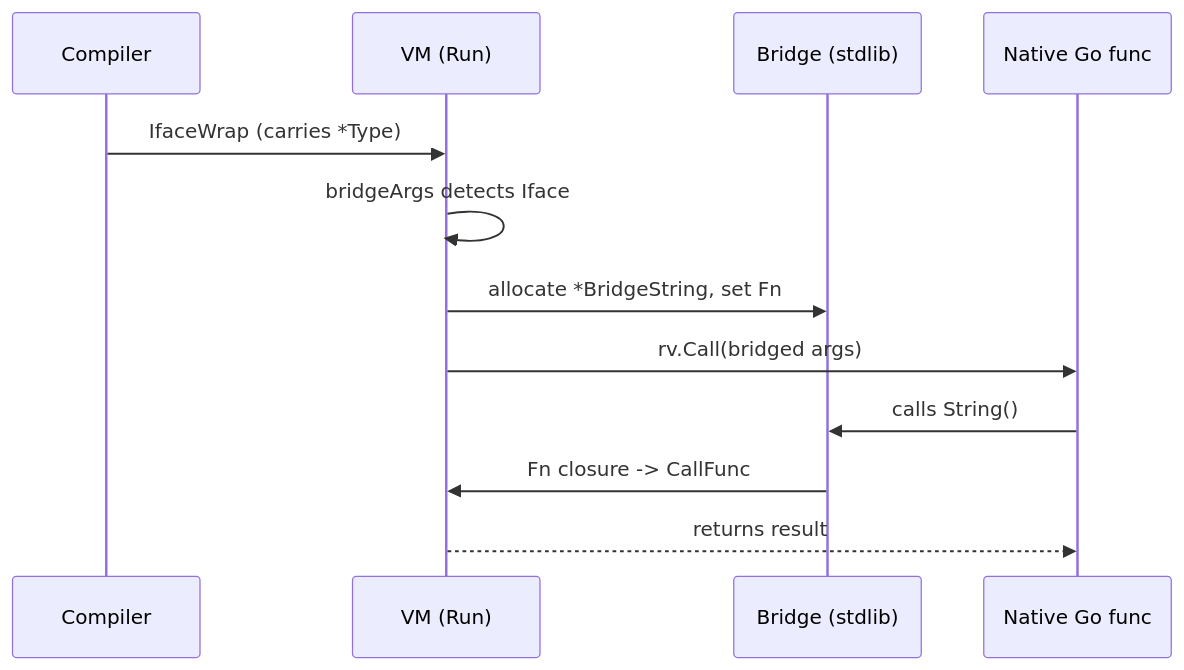
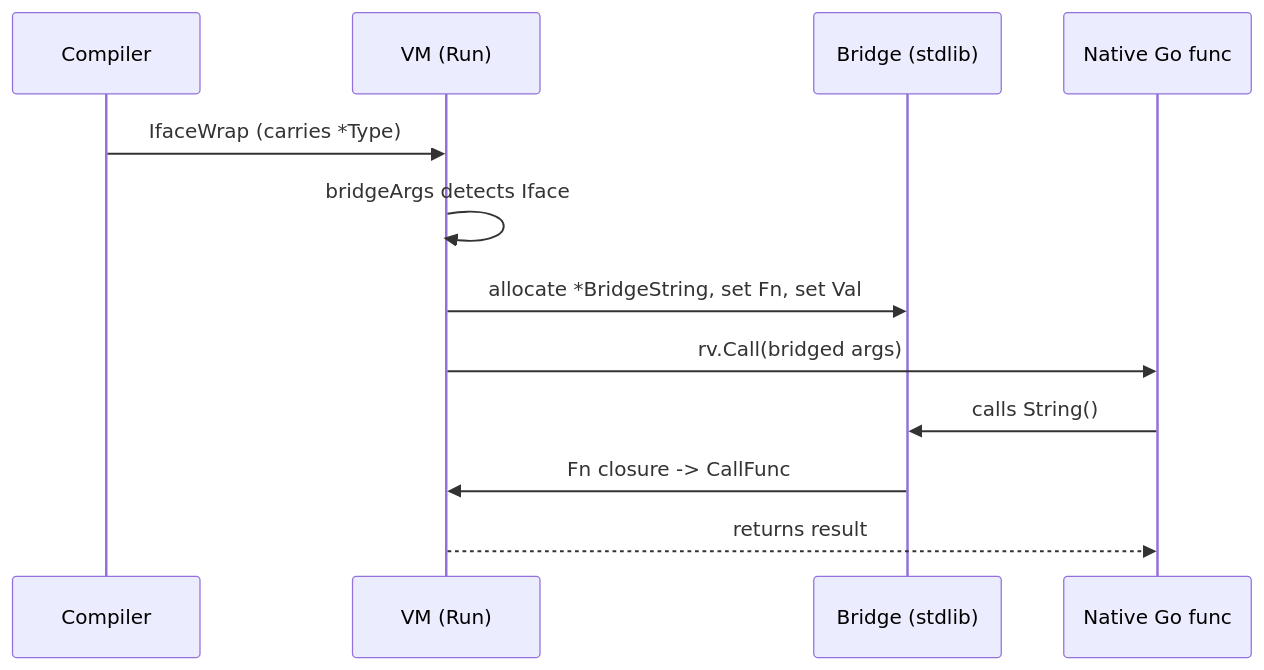
The diagram in docs/modules/vm.md (mvertes/parscan), drawn with Mermaid before and after one commit. The commit also changed other lines of this file and 8 other files, not shown here.

````diff
--- a/docs/modules/vm.md
+++ b/docs/modules/vm.md
@@ -475,14 +494,14 @@
 ```mermaid
 sequenceDiagram
     participant Compiler
     participant VM as VM (Run)
     participant Bridge as Bridge (stdlib)
     participant Native as Native Go func
     Compiler->>VM: IfaceWrap (carries *Type)
     VM->>VM: bridgeArgs detects Iface
-    VM->>Bridge: allocate *BridgeString, set Fn
+    VM->>Bridge: allocate *BridgeString, set Fn, set Val
     VM->>Native: rv.Call(bridged args)
     Native->>Bridge: calls String()
     Bridge->>VM: Fn closure -> CallFunc
     VM-->>Native: returns result
 ```
````
